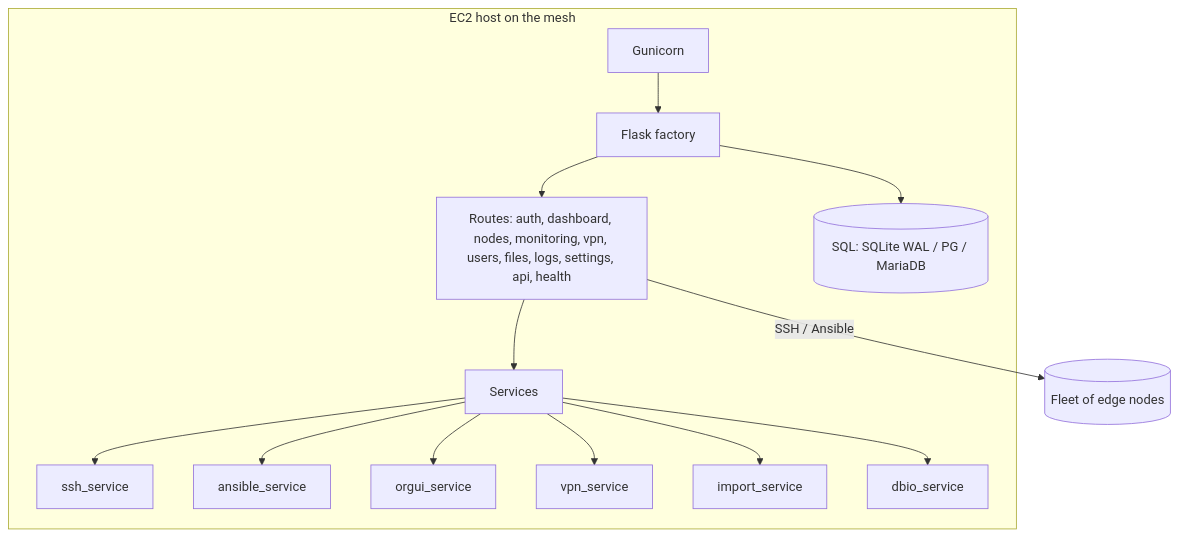
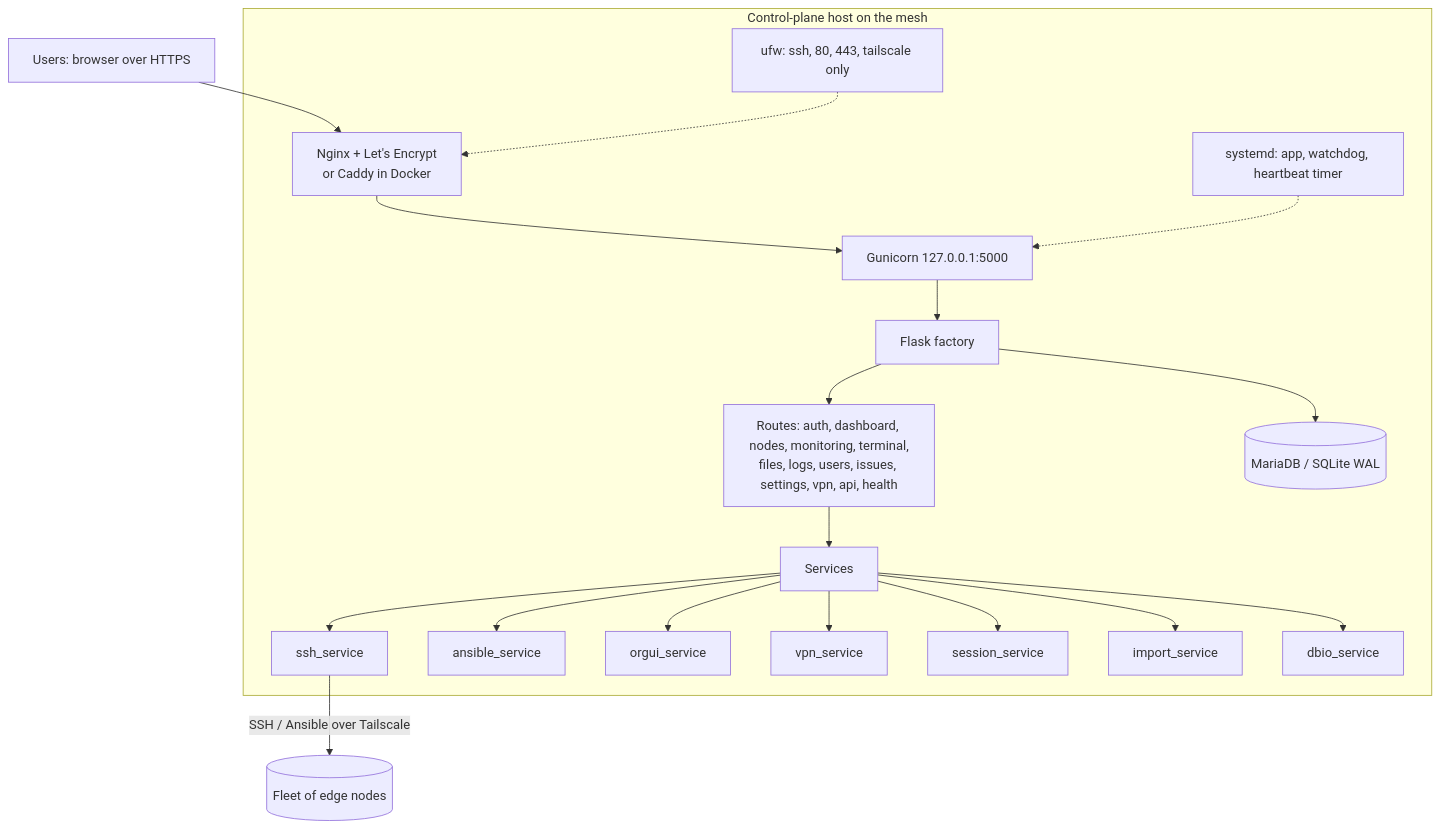
One commit to 855princekumar/edgeshell changed the first of 2 diagrams in docs/ARCHITECTURE.md. Above: the diagram before and after it, drawn with Mermaid. The commit also changed other lines of this file and 20 other files, not shown here.

````diff
--- a/docs/ARCHITECTURE.md
+++ b/docs/ARCHITECTURE.md
@@ -9,16 +11,21 @@
 ```mermaid
 flowchart TB
-    subgraph Host[EC2 host on the mesh]
-        G[Gunicorn] --> APP[Flask factory]
-        APP --> RT[Routes: auth, dashboard, nodes, monitoring, vpn, users, files, logs, settings, api, health]
+    U[Users: browser over HTTPS] --> PX
+    subgraph Host[Control-plane host on the mesh]
+        PX[Nginx + Let's Encrypt<br/>or Caddy in Docker] --> G[Gunicorn 127.0.0.1:5000]
+        G --> APP[Flask factory]
+        APP --> RT[Routes: auth, dashboard, nodes, monitoring, terminal,<br/>files, logs, users, issues, settings, vpn, api, health]
         RT --> SV[Services]
         SV --> SSH[ssh_service]
         SV --> ANS[ansible_service]
         SV --> ORG[orgui_service]
         SV --> VPN[vpn_service]
+        SV --> SES[session_service]
         SV --> IMP[import_service]
         SV --> DBIO[dbio_service]
-        APP --> DB[(SQL: SQLite WAL / PG / MariaDB)]
+        APP --> DB[(MariaDB / SQLite WAL)]
+        SD[systemd: app, watchdog, heartbeat timer] -.-> G
+        FW[ufw: ssh, 80, 443, tailscale only] -.-> PX
     end
-    RT -->|SSH / Ansible| NODES[(Fleet of edge nodes)]
+    SSH -->|SSH / Ansible over Tailscale| NODES[(Fleet of edge nodes)]
 ```
````
